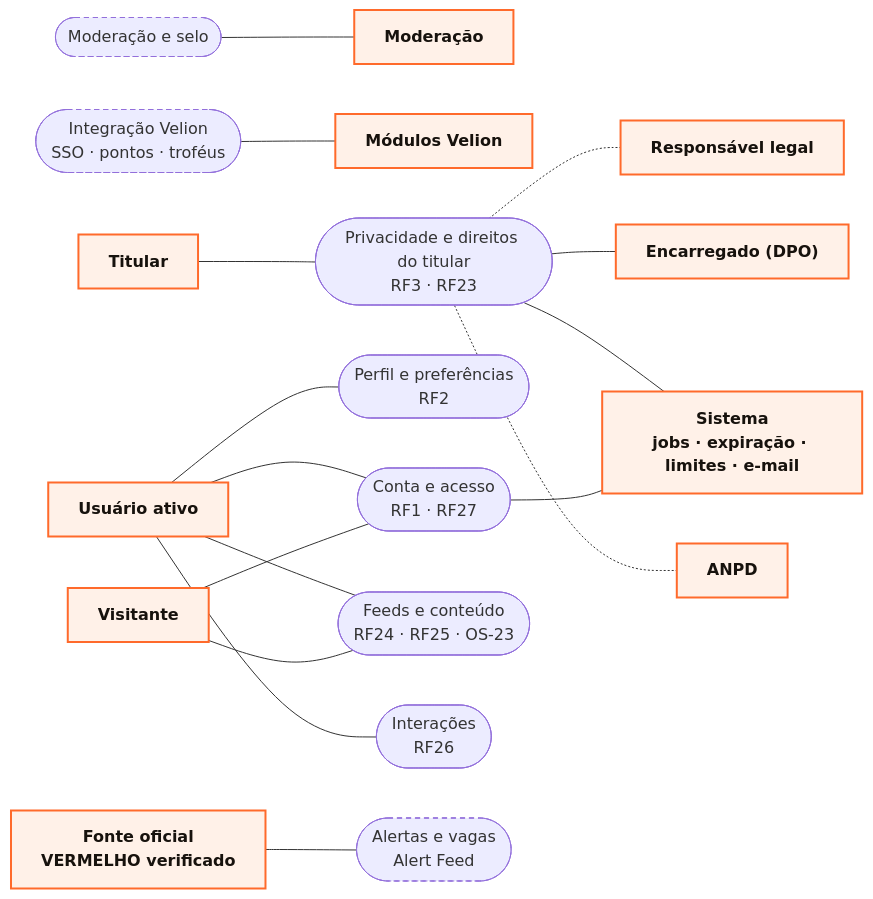
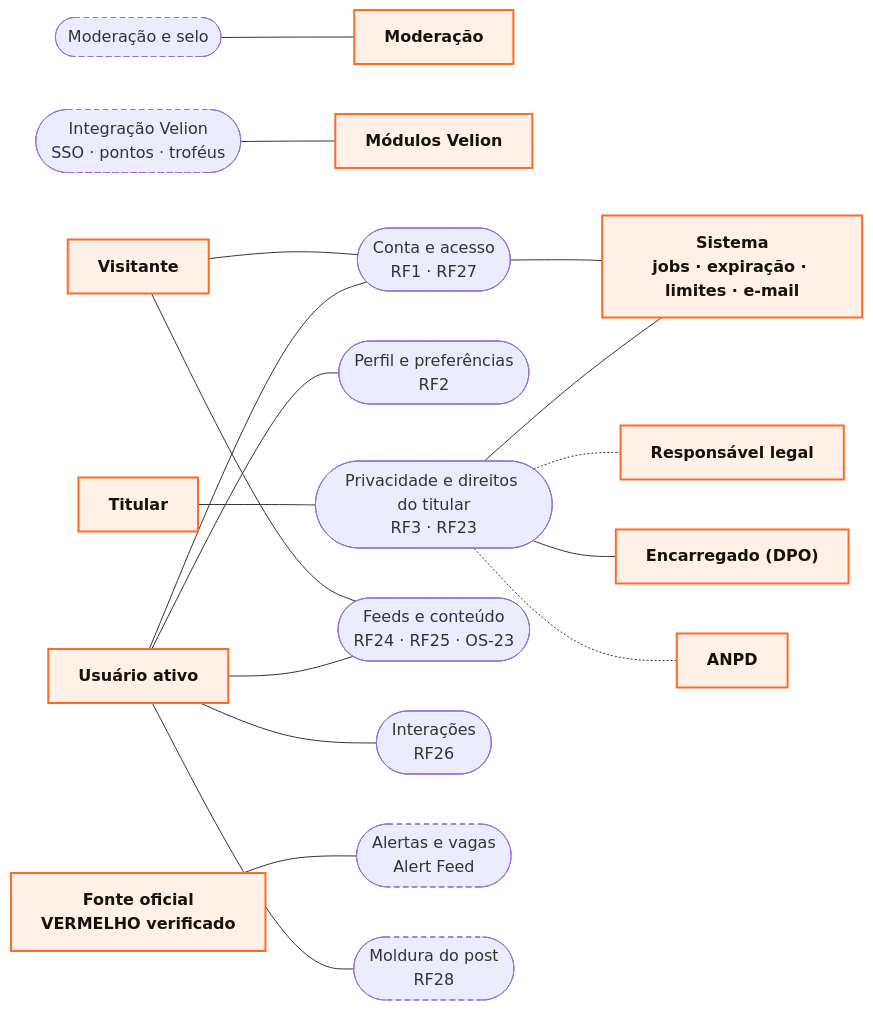
The first of 7 diagrams in docs/DIAGRAMA_CASOS_DE_USO.md (MatheusHaliski/orange_social_velion), drawn with Mermaid before and after one commit. The commit also changed other lines of this file and 28 other files, not shown here.

````diff
--- a/docs/DIAGRAMA_CASOS_DE_USO.md
+++ b/docs/DIAGRAMA_CASOS_DE_USO.md
@@ -24,36 +24,37 @@
 ```mermaid
 flowchart LR
     VIS["Visitante"]:::actor
     USR["Usuário ativo"]:::actor
     TIT["Titular"]:::actor
     RESP["Responsável legal"]:::actor
     FONTE["Fonte oficial<br/>VERMELHO verificado"]:::actor
     MOD["Moderação"]:::actor
     ENC["Encarregado (DPO)"]:::actor
     SIS["Sistema<br/>jobs · expiração · limites · e-mail"]:::actor
     VEL["Módulos Velion"]:::actor
     ANPD["ANPD"]:::actor
 
     P1(["Conta e acesso<br/>RF1 · RF27"])
     P2(["Perfil e preferências<br/>RF2"])
     P3(["Privacidade e direitos do titular<br/>RF3 · RF23"])
     P4(["Feeds e conteúdo<br/>RF24 · RF25 · OS-23"])
     P5(["Interações<br/>RF26"])
     P6(["Alertas e vagas<br/>Alert Feed"]):::planned
     P7(["Moderação e selo"]):::planned
     P8(["Integração Velion<br/>SSO · pontos · troféus"]):::planned
+    P9(["Moldura do post<br/>RF28"]):::planned
 
     VIS --- P1 & P4
-    USR --- P1 & P2 & P4 & P5
+    USR --- P1 & P2 & P4 & P5 & P9
     TIT --- P3
     FONTE --- P6
     P3 -.- RESP
     P3 --- ENC
     P3 -.- ANPD
     P1 & P3 --- SIS
     P7 --- MOD
     P8 --- VEL
 
     classDef actor fill:#FFF1E8,stroke:#FF6A2B,stroke-width:2px,color:#17120D,font-weight:bold
     classDef planned stroke-dasharray:5 4
 ```
````
